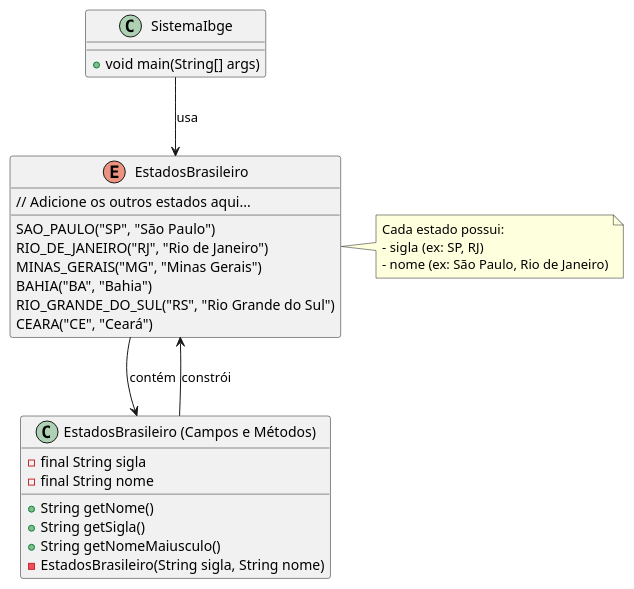
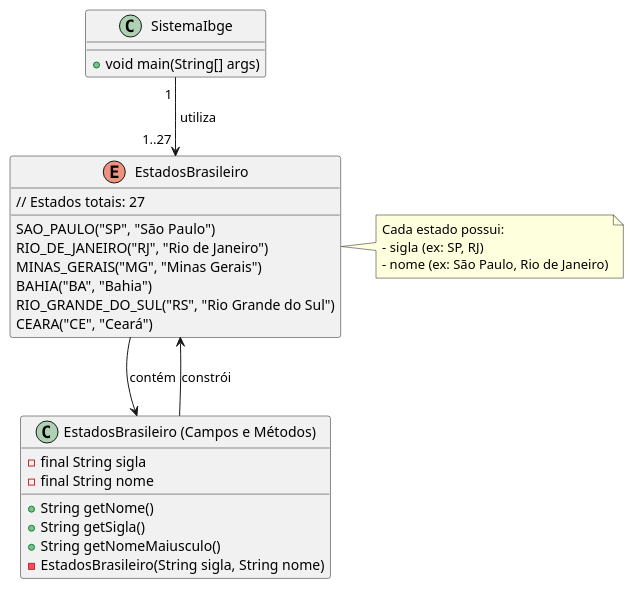
One commit to soeiroo/dio-java-basico changed the diagram in docs/diagrama-teste.puml. Above: the diagram before and after it, drawn with PlantUML.

Commit message:
Update diagrama-teste

```diff
--- a/docs/diagrama-teste.puml
+++ b/docs/diagrama-teste.puml
@@ -1,35 +1,38 @@
 @startuml
+
+'src/edu/israel/segundasemana/poo/aprendendo_enums (FILE_PATH) do conteúdo desse diagrama'
 enum EstadosBrasileiro {
 SAO_PAULO("SP", "São Paulo")
 RIO_DE_JANEIRO("RJ", "Rio de Janeiro")
 MINAS_GERAIS("MG", "Minas Gerais")
 BAHIA("BA", "Bahia")
 RIO_GRANDE_DO_SUL("RS", "Rio Grande do Sul")
 CEARA("CE", "Ceará")
-// Adicione os outros estados aqui...
+// Estados totais: 27
 }
 
 class "EstadosBrasileiro (Campos e Métodos)" as ClasseEstados {
 - final String sigla
 - final String nome
 + String getNome()
 + String getSigla()
 + String getNomeMaiusculo()
 - EstadosBrasileiro(String sigla, String nome)
 }
 
 class SistemaIbge {
 + void main(String[] args)
 }
 
-SistemaIbge --> EstadosBrasileiro : usa
+
+SistemaIbge "1 " --> "1..27 " EstadosBrasileiro : " utiliza"
 EstadosBrasileiro --> ClasseEstados : contém
 ClasseEstados --> EstadosBrasileiro : constrói
 
 note right of EstadosBrasileiro
 Cada estado possui:
 - sigla (ex: SP, RJ)
 - nome (ex: São Paulo, Rio de Janeiro)
 end note
 
 @enduml
```
